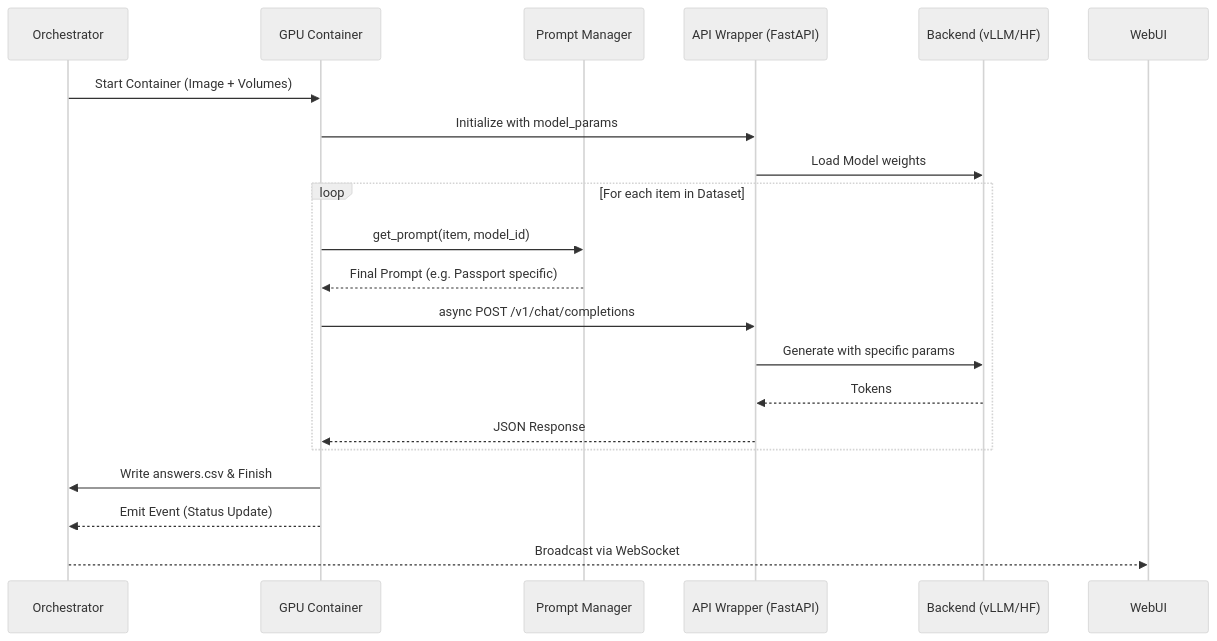
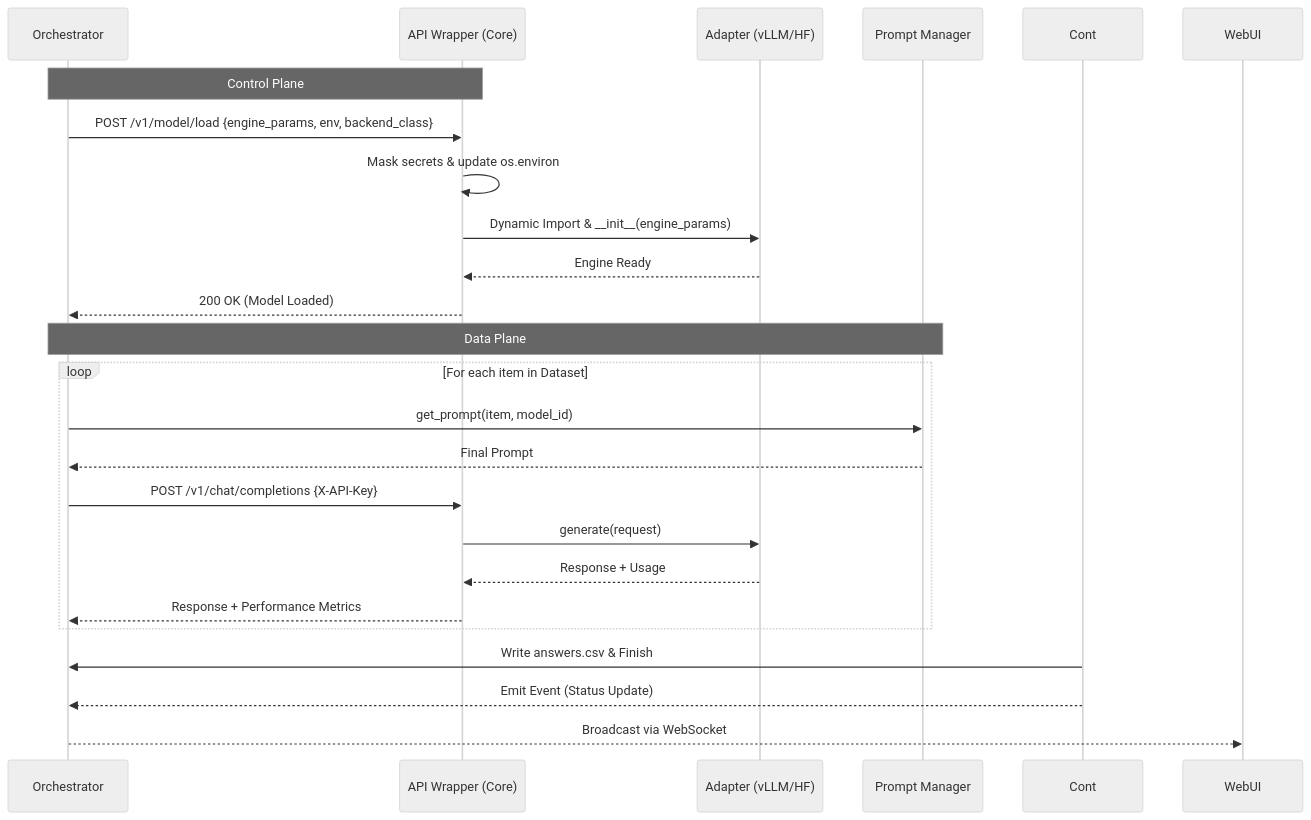
One commit to VLMHyperBenchTeam/VLMHyperBenchDocs changed the second of 3 diagrams in docs/architecture/specification.md. Above: the diagram before and after it, drawn with Mermaid (neutral theme). The commit also changed other lines of this file and 4 other files, not shown here.

````diff
--- a/docs/architecture/specification.md
+++ b/docs/architecture/specification.md
@@ -31,25 +32,28 @@
 ```mermaid
 sequenceDiagram
     participant Orch as Orchestrator
-    participant Cont as GPU Container
+    participant Wrap as API Wrapper (Core)
+    participant ADP as Adapter (vLLM/HF)
     participant PM as Prompt Manager
-    participant Wrap as API Wrapper (FastAPI)
-    participant Back as Backend (vLLM/HF)
 
-    Orch->>Cont: Start Container (Image + Volumes)
-    Cont->>Wrap: Initialize with model_params
-    Wrap->>Back: Load Model weights
+    Note over Orch,Wrap: Control Plane
+    Orch->>Wrap: POST /v1/model/load {engine_params, env, backend_class}
+    Wrap->>Wrap: Mask secrets & update os.environ
+    Wrap->>ADP: Dynamic Import & __init__(engine_params)
+    ADP-->>Wrap: Engine Ready
+    Wrap-->>Orch: 200 OK (Model Loaded)
     
+    Note over Orch,PM: Data Plane
     loop For each item in Dataset
-        Cont->>PM: get_prompt(item, model_id)
-        PM-->>Cont: Final Prompt (e.g. Passport specific)
-        Cont->>Wrap: async POST /v1/chat/completions
-        Wrap->>Back: Generate with specific params
-        Back-->>Wrap: Tokens
-        Wrap-->>Cont: JSON Response
+        Orch->>PM: get_prompt(item, model_id)
+        PM-->>Orch: Final Prompt
+        Orch->>Wrap: POST /v1/chat/completions {X-API-Key}
+        Wrap->>ADP: generate(request)
+        ADP-->>Wrap: Response + Usage
+        Wrap-->>Orch: Response + Performance Metrics
     end
     
     Cont->>Orch: Write answers.csv & Finish
     Cont-->>Orch: Emit Event (Status Update)
     Orch-->>WebUI: Broadcast via WebSocket
 ```
````
